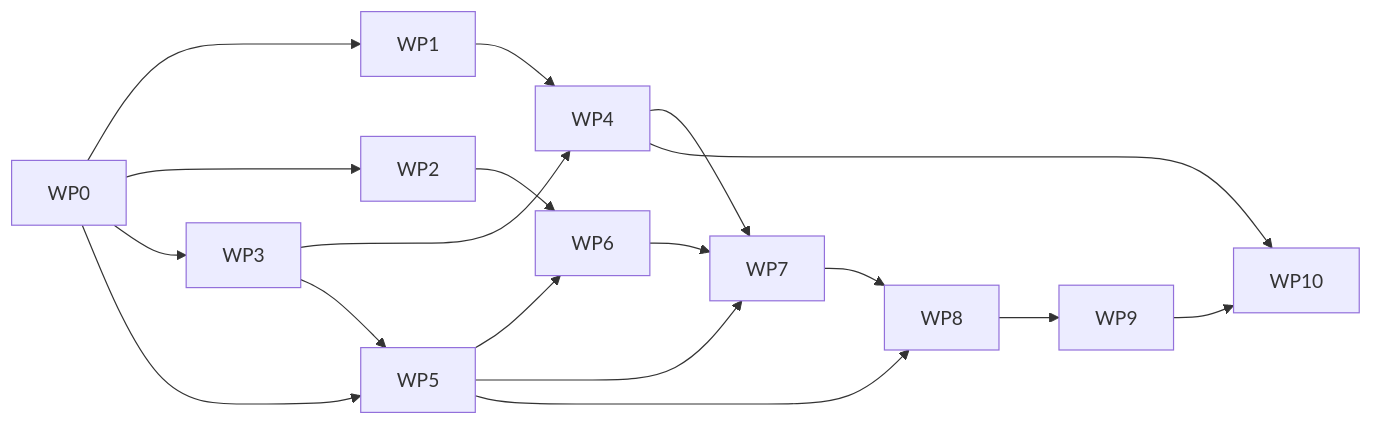
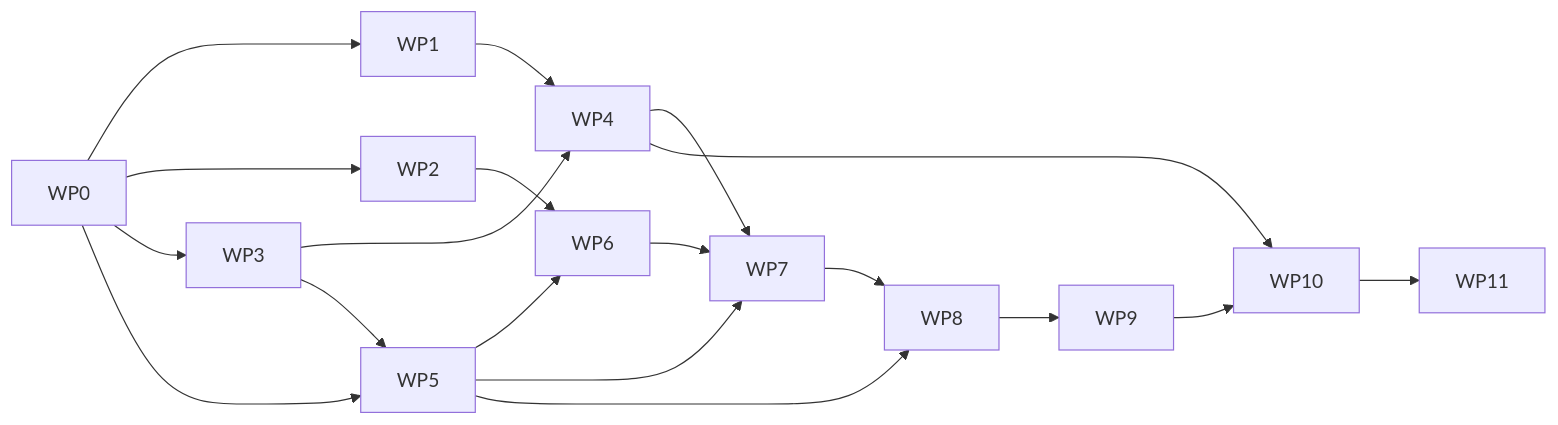
One commit to Kaesual/arena-web changed the diagram in docs/prototype-work-packages.md. Above: the diagram before and after it, drawn with Mermaid. The commit also changed other lines of this file, not shown here.

````diff
--- a/docs/prototype-work-packages.md
+++ b/docs/prototype-work-packages.md
@@ -84,20 +92,21 @@
 ```mermaid
 flowchart LR
     WP0 --> WP1
     WP0 --> WP2
     WP0 --> WP3
     WP0 --> WP5
     WP1 --> WP4
     WP3 --> WP4
     WP3 --> WP5
     WP2 --> WP6
     WP5 --> WP6
     WP4 --> WP7
     WP5 --> WP7
     WP6 --> WP7
     WP5 --> WP8
     WP7 --> WP8
     WP8 --> WP9
     WP4 --> WP10
     WP9 --> WP10
+    WP10 --> WP11
 ```
````
